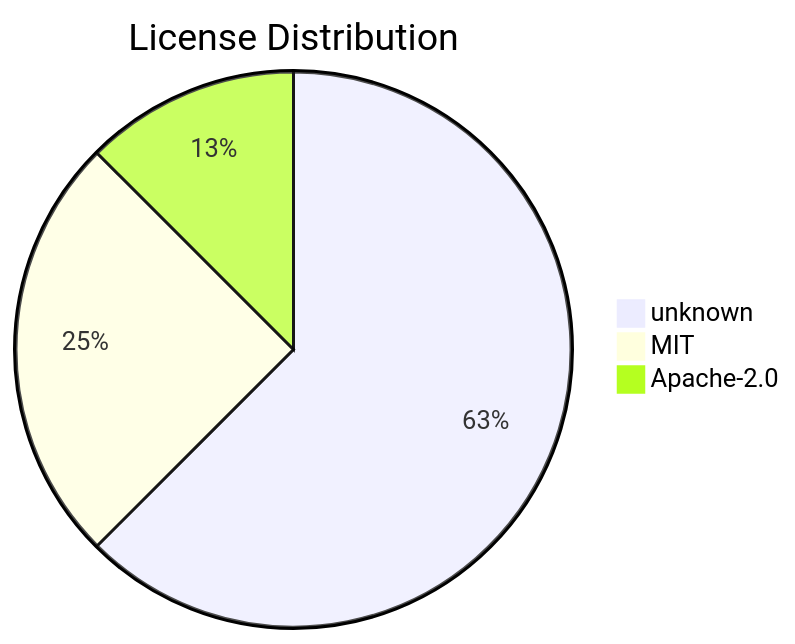
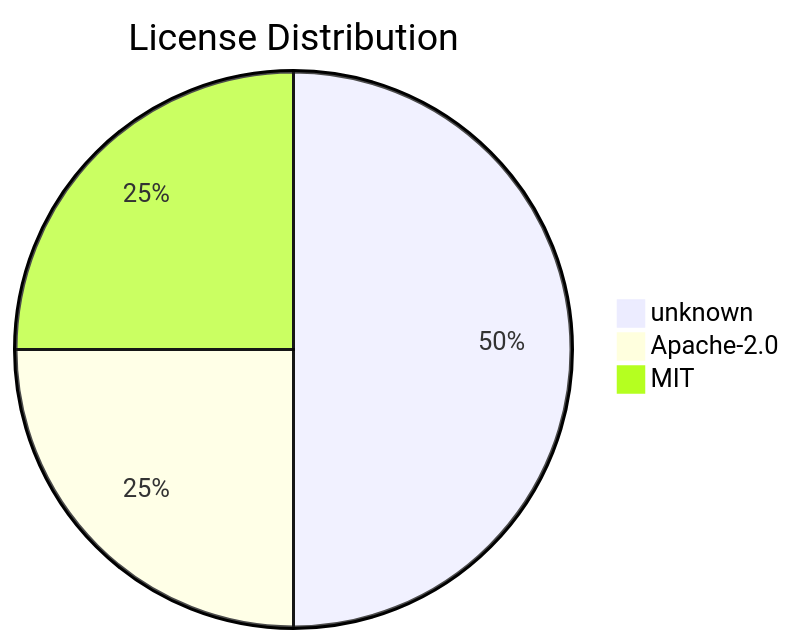
One commit to svenroth-ai/shipwright changed the diagram in .shipwright/compliance/sbom.md. Above: the diagram before and after it, drawn with Mermaid. The commit also changed other lines of this file and 21 other files, not shown here.

````diff
--- a/.shipwright/compliance/sbom.md
+++ b/.shipwright/compliance/sbom.md
@@ -17,6 +17,6 @@
 ```mermaid
 pie title License Distribution
-    "unknown" : 5
+    "unknown" : 4
+    "Apache-2.0" : 2
     "MIT" : 2
-    "Apache-2.0" : 1
 ```
````
